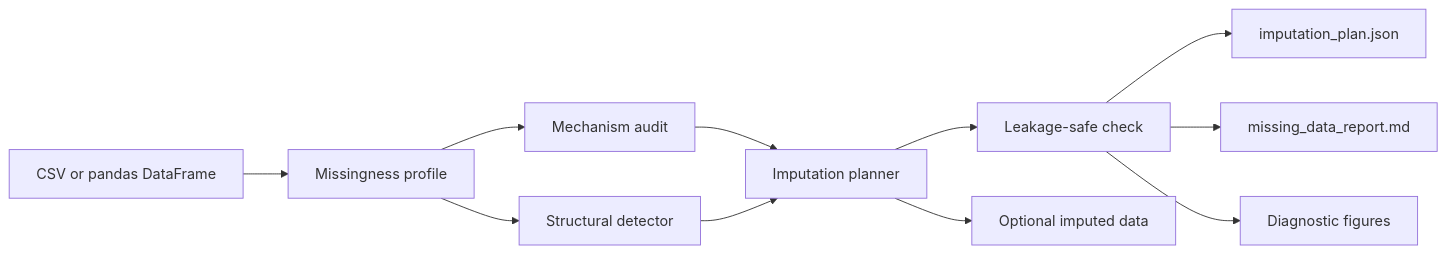
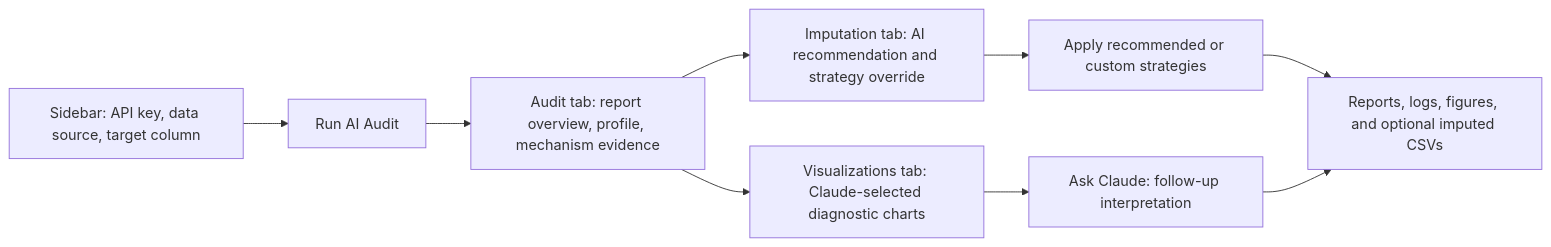
One commit to yuqicVicky/BIG_S2_A_awardC changed the diagram in README.md. Above: the diagram before and after it, drawn with Mermaid. The commit also changed other lines of this file and 4 other files, not shown here.

````diff
--- a/README.md
+++ b/README.md
@@ -105,13 +105,11 @@
 ```mermaid
 flowchart LR
-    A["CSV or pandas DataFrame"] --> B["Missingness profile"]
-    B --> C["Mechanism audit"]
-    B --> D["Structural detector"]
-    C --> E["Imputation planner"]
-    D --> E
-    E --> F["Leakage-safe check"]
-    F --> G["imputation_plan.json"]
-    F --> H["missing_data_report.md"]
-    F --> I["Diagnostic figures"]
-    E --> J["Optional imputed data"]
+    A["Sidebar: API key, data source, target column"] --> B["Run AI Audit"]
+    B --> C["Audit tab: report overview, profile, mechanism evidence"]
+    C --> D["Imputation tab: AI recommendation and strategy override"]
+    C --> E["Visualizations tab: Claude-selected diagnostic charts"]
+    D --> F["Apply recommended or custom strategies"]
+    E --> G["Ask Claude: follow-up interpretation"]
+    F --> H["Reports, logs, figures, and optional imputed CSVs"]
+    G --> H
 ```
````
